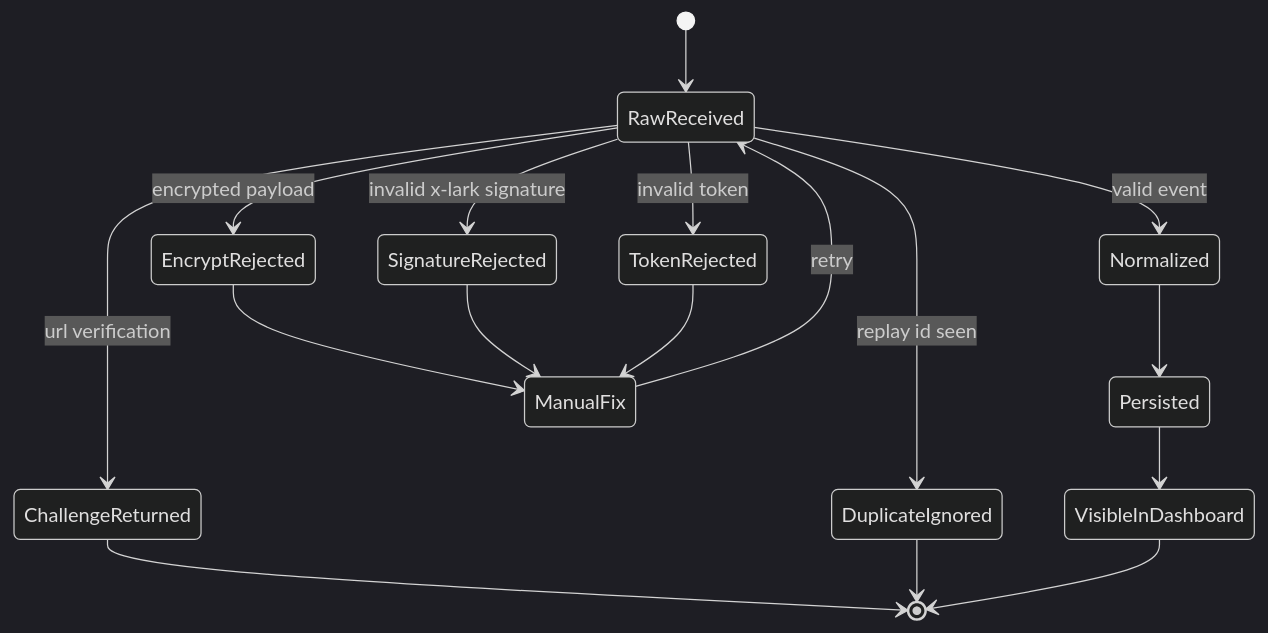
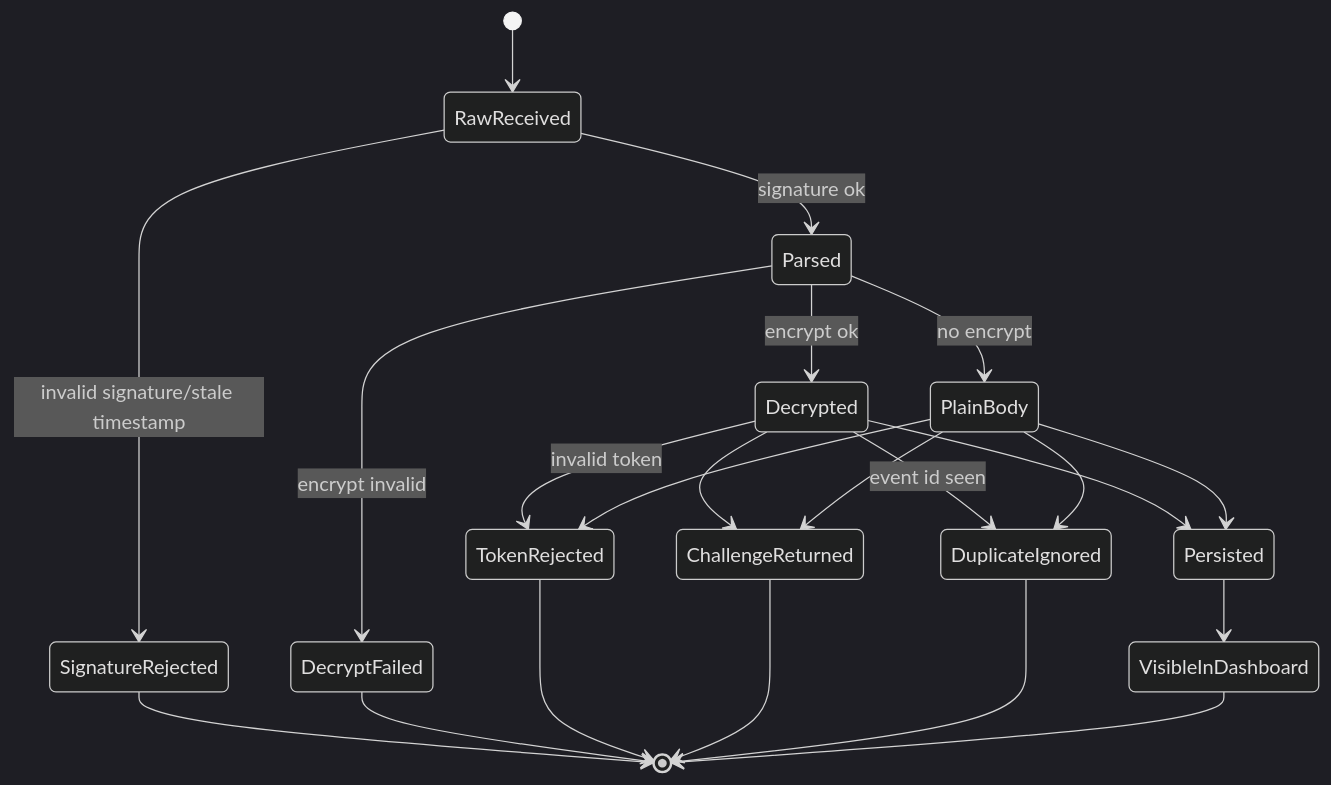
One commit to mayf3/myclaw changed the fifth of 8 diagrams in docs/implementation-architecture.md. Above: the diagram before and after it, drawn with Mermaid (dark theme). The commit also changed other lines of this file and 30 other files, not shown here.

Commit message:
feat: support feishu encrypted challenge

````diff
--- a/docs/implementation-architecture.md
+++ b/docs/implementation-architecture.md
@@ -175,19 +163,24 @@
 ```mermaid
 stateDiagram-v2
   [*] --> RawReceived
-  RawReceived --> SignatureRejected: invalid x-lark signature
-  RawReceived --> TokenRejected: invalid token
-  RawReceived --> EncryptRejected: encrypted payload
-  RawReceived --> ChallengeReturned: url verification
-  RawReceived --> DuplicateIgnored: replay id seen
-  RawReceived --> Normalized: valid event
-  Normalized --> Persisted
+  RawReceived --> SignatureRejected: invalid signature/stale timestamp
+  RawReceived --> Parsed: signature ok
+  Parsed --> DecryptFailed: encrypt invalid
+  Parsed --> Decrypted: encrypt ok
+  Parsed --> PlainBody: no encrypt
+  Decrypted --> TokenRejected: invalid token
+  PlainBody --> TokenRejected
+  Decrypted --> ChallengeReturned
+  PlainBody --> ChallengeReturned
+  Decrypted --> DuplicateIgnored: event id seen
+  PlainBody --> DuplicateIgnored
+  Decrypted --> Persisted
+  PlainBody --> Persisted
   Persisted --> VisibleInDashboard
-  EncryptRejected --> ManualFix
-  SignatureRejected --> ManualFix
-  TokenRejected --> ManualFix
-  ManualFix --> RawReceived: retry
+  SignatureRejected --> [*]
+  DecryptFailed --> [*]
+  TokenRejected --> [*]
   ChallengeReturned --> [*]
   DuplicateIgnored --> [*]
   VisibleInDashboard --> [*]
 ```
````
